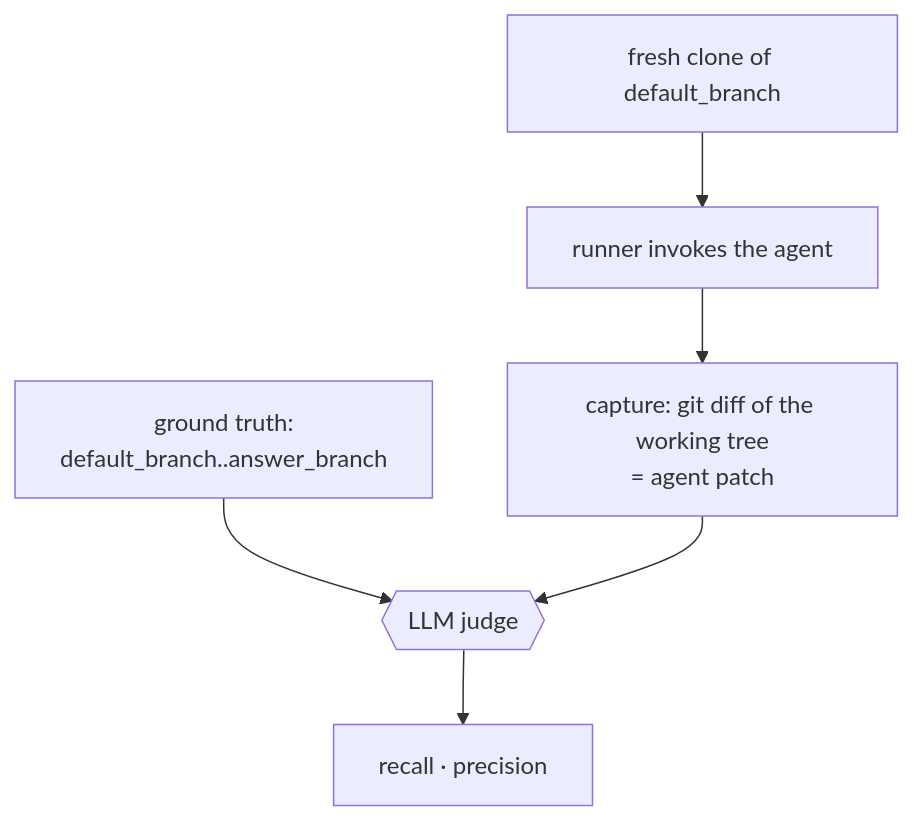
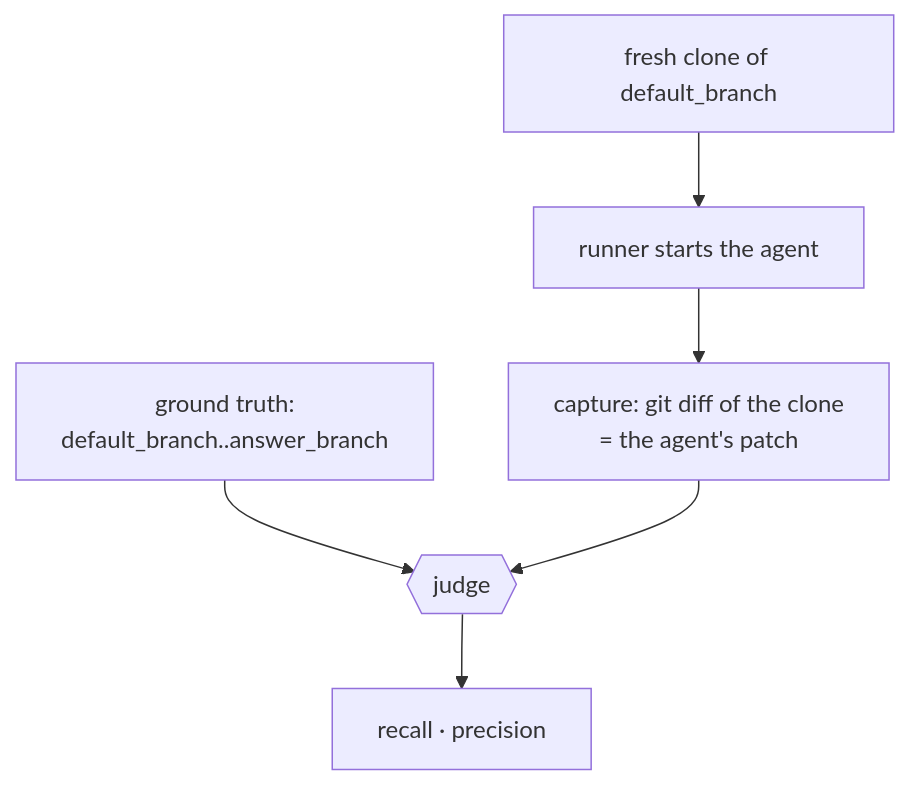
One commit to CodeBlackwell/proofbench changed the second of 3 diagrams in CORPUS.md. Above: the diagram before and after it, drawn with Mermaid. The commit also changed other lines of this file and 10 other files, not shown here.

````diff
--- a/CORPUS.md
+++ b/CORPUS.md
@@ -31,8 +44,8 @@
 ```mermaid
 flowchart TD
-  reset["fresh clone of default_branch"] --> run["runner invokes the agent"]
-  run --> cap["capture: git diff of the working tree<br/>= agent patch"]
+  clone["fresh clone of default_branch"] --> run["runner starts the agent"]
+  run --> cap["capture: git diff of the clone<br/>= the agent's patch"]
   gt["ground truth:<br/>default_branch..answer_branch"] --> judge
-  cap --> judge{{"LLM judge"}}
+  cap --> judge{{"judge"}}
   judge --> out["recall · precision"]
 ```
````
